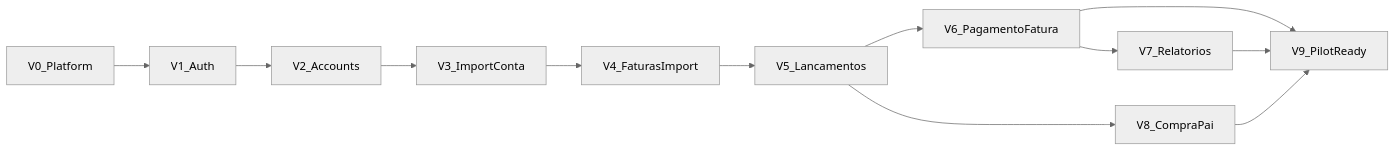
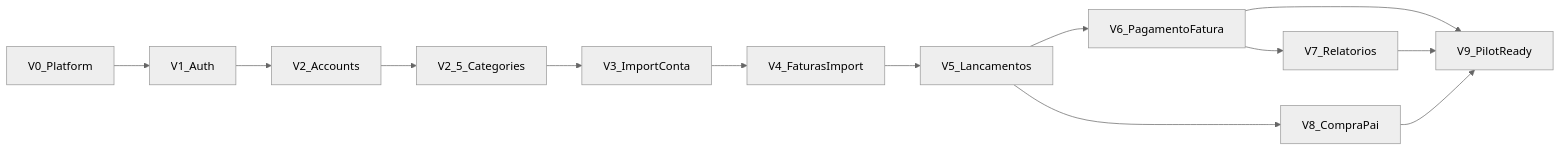
One commit to omarcovelho/mao-de-vaca changed the diagram in docs/MVP_EPIC_ROADMAP.md. Above: the diagram before and after it, drawn with Mermaid (neutral theme). The commit also changed other lines of this file and 4 other files, not shown here.

````diff
--- a/docs/MVP_EPIC_ROADMAP.md
+++ b/docs/MVP_EPIC_ROADMAP.md
@@ -12,20 +12,21 @@
 ```mermaid
 flowchart LR
   V0[V0_Platform]
   V1[V1_Auth]
   V2[V2_Accounts]
+  V25[V2_5_Categories]
   V3[V3_ImportConta]
   V4[V4_FaturasImport]
   V5[V5_Lancamentos]
   V6[V6_PagamentoFatura]
   V7[V7_Relatorios]
   V8[V8_CompraPai]
   V9[V9_PilotReady]
 
-  V0 --> V1 --> V2 --> V3 --> V4
+  V0 --> V1 --> V2 --> V25 --> V3 --> V4
   V4 --> V5 --> V6 --> V7
   V5 --> V8
   V6 --> V9
   V7 --> V9
   V8 --> V9
 ```
````
